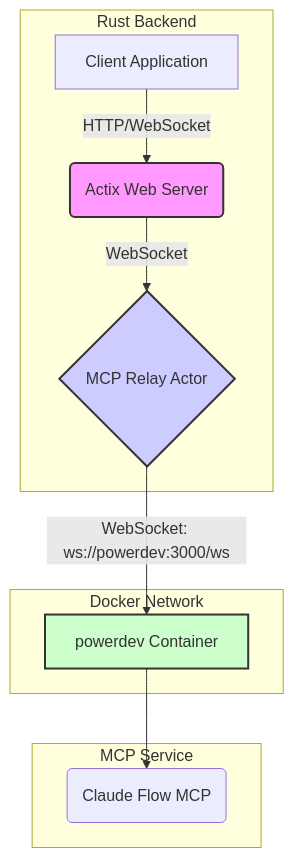
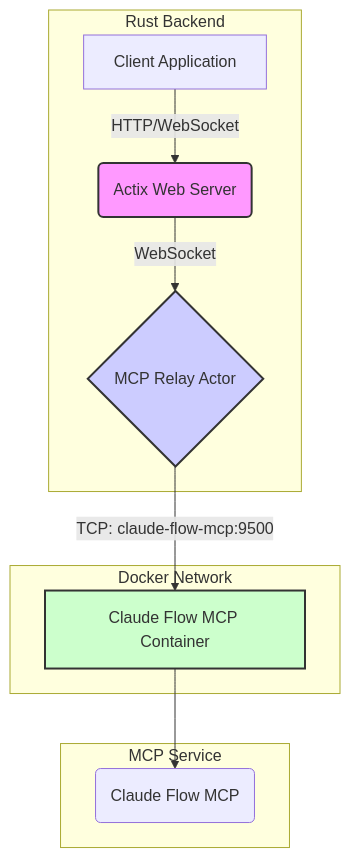
One commit to DreamLab-AI/VisionFlow changed the diagram in docs/architecture/claude-flow-actor.md. Above: the diagram before and after it, drawn with Mermaid. The commit also changed other lines of this file and 69 other files, not shown here.

````diff
--- a/docs/architecture/claude-flow-actor.md
+++ b/docs/architecture/claude-flow-actor.md
@@ -57,19 +60,19 @@
 ```mermaid
 graph TD
     subgraph "Rust Backend"
         A[Client Application] -->|HTTP/WebSocket| B(Actix Web Server)
         B -->|WebSocket| C{MCP Relay Actor}
     end
 
     subgraph "Docker Network"
-        C -->|WebSocket: ws://powerdev:3000/ws| D[powerdev Container]
+        C -->|TCP: claude-flow-mcp:9500| D[Claude Flow MCP Container]
     end
 
     subgraph "MCP Service"
         D --> E(Claude Flow MCP)
     end
 
     style B fill:#f9f,stroke:#333,stroke-width:2px
     style C fill:#ccf,stroke:#333,stroke-width:2px
     style D fill:#cfc,stroke:#333,stroke-width:2px
 ```
````
